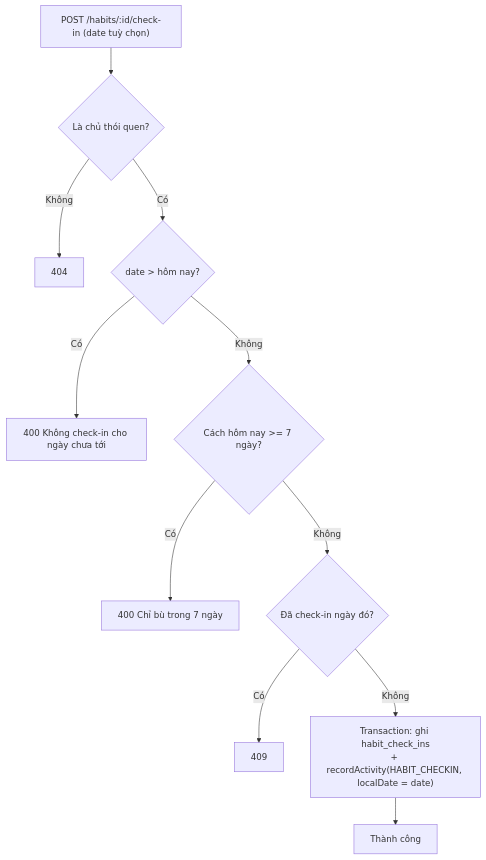
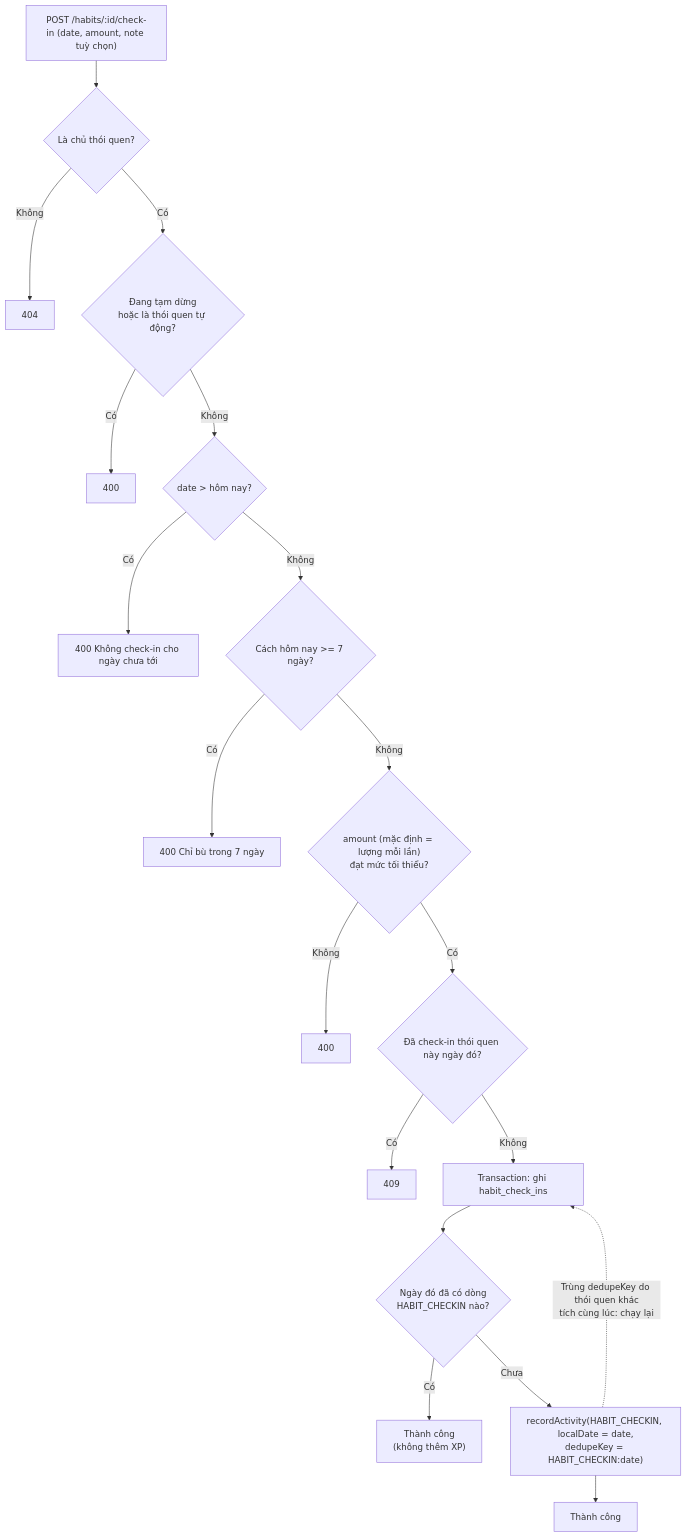
Before and after one commit to brannthichmeo-create/enghabit: diagram 13 of 22 in docs/chuc-nang-va-luong-nghiep-vu.md, drawn with Mermaid. The commit also changed other lines of this file and 19 other files, not shown here.

First line of the commit message:
Taillieu_Docs-LogicNghiepVu+Docs-PhanTich_CapNhatTheoCode_Thêm tài liệu logic nghiệp vụ từng module và cập nhật theo mục tiêu, thói quen, đăng nhập, nhật ký thao tác

````diff
--- a/docs/chuc-nang-va-luong-nghiep-vu.md
+++ b/docs/chuc-nang-va-luong-nghiep-vu.md
@@ -808,13 +891,21 @@
 ```mermaid
 flowchart TD
-    S["POST /habits/:id/check-in (date tuỳ chọn)"] --> O{"Là chủ thói quen?"}
+    S["POST /habits/:id/check-in (date, amount, note tuỳ chọn)"] --> O{"Là chủ thói quen?"}
     O -- "Không" --> E1["404"]
-    O -- "Có" --> F{"date > hôm nay?"}
+    O -- "Có" --> P{"Đang tạm dừng<br/>hoặc là thói quen tự động?"}
+    P -- "Có" --> E5["400"]
+    P -- "Không" --> F{"date > hôm nay?"}
     F -- "Có" --> E2["400 Không check-in cho ngày chưa tới"]
     F -- "Không" --> B{"Cách hôm nay >= 7 ngày?"}
     B -- "Có" --> E3["400 Chỉ bù trong 7 ngày"]
-    B -- "Không" --> D{"Đã check-in ngày đó?"}
+    B -- "Không" --> M{"amount (mặc định = lượng mỗi lần)<br/>đạt mức tối thiểu?"}
+    M -- "Không" --> E6["400"]
+    M -- "Có" --> D{"Đã check-in thói quen này ngày đó?"}
     D -- "Có" --> E4["409"]
-    D -- "Không" --> T["Transaction: ghi habit_check_ins<br/>+ recordActivity(HABIT_CHECKIN, localDate = date)"]
-    T --> OK["Thành công"]
+    D -- "Không" --> T["Transaction: ghi habit_check_ins"]
+    T --> Q{"Ngày đó đã có dòng<br/>HABIT_CHECKIN nào?"}
+    Q -- "Có" --> OK["Thành công<br/>(không thêm XP)"]
+    Q -- "Chưa" --> R["recordActivity(HABIT_CHECKIN, localDate = date,<br/>dedupeKey = HABIT_CHECKIN:date)"]
+    R --> OK2["Thành công"]
+    R -.->|"Trùng dedupeKey do thói quen khác<br/>tích cùng lúc: chạy lại"| T
 ```
````
